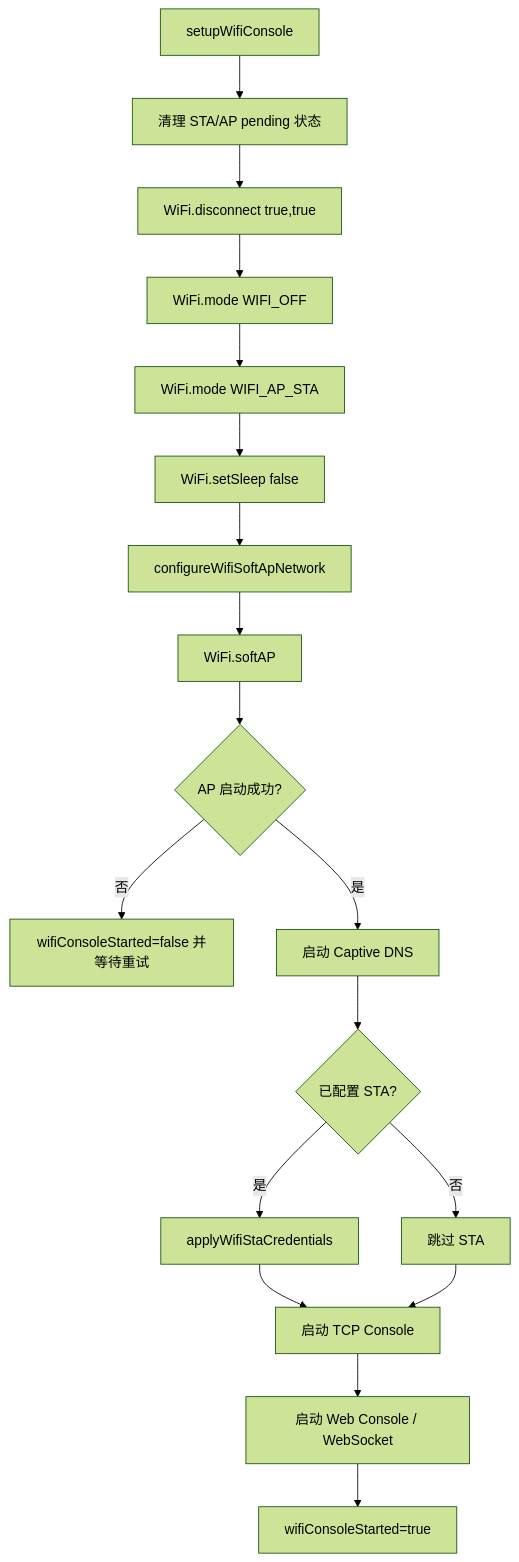
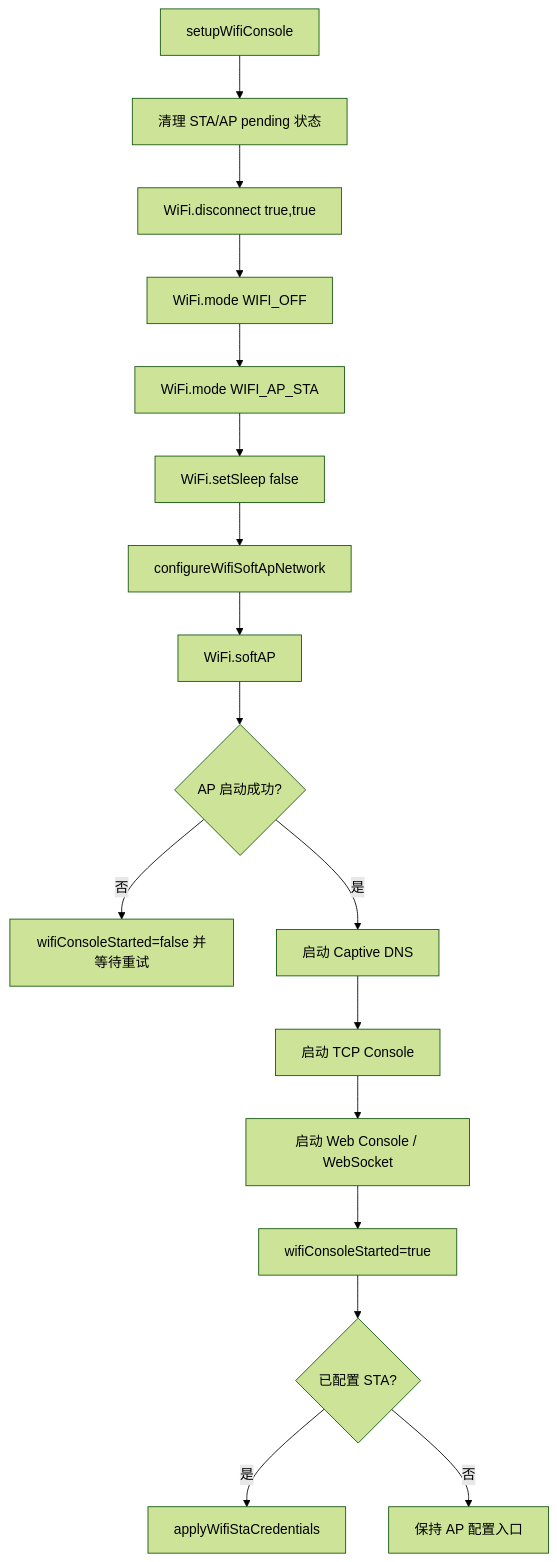
Before and after one commit to DonkeyDrift/Firmware: the first of 5 diagrams in Doc/Inspect/wifi-ap-sta-lifecycle-inspection.md, drawn with Mermaid (forest theme). The commit also changed other lines of this file and 4 other files, not shown here.

````diff
--- a/Doc/Inspect/wifi-ap-sta-lifecycle-inspection.md
+++ b/Doc/Inspect/wifi-ap-sta-lifecycle-inspection.md
@@ -45,20 +45,19 @@
 ```mermaid
 flowchart TD
     A[setupWifiConsole] --> B[清理 STA/AP pending 状态]
     B --> C[WiFi.disconnect true,true]
     C --> D[WiFi.mode WIFI_OFF]
     D --> E[WiFi.mode WIFI_AP_STA]
     E --> F[WiFi.setSleep false]
     F --> G[configureWifiSoftApNetwork]
     G --> H[WiFi.softAP]
     H --> I{AP 启动成功?}
     I -- 否 --> J[wifiConsoleStarted=false 并等待重试]
     I -- 是 --> K[启动 Captive DNS]
-    K --> L{已配置 STA?}
-    L -- 是 --> M[applyWifiStaCredentials]
-    L -- 否 --> N[跳过 STA]
-    M --> O[启动 TCP Console]
-    N --> O
-    O --> P[启动 Web Console / WebSocket]
-    P --> Q[wifiConsoleStarted=true]
+    K --> L[启动 TCP Console]
+    L --> M[启动 Web Console / WebSocket]
+    M --> N[wifiConsoleStarted=true]
+    N --> O{已配置 STA?}
+    O -- 是 --> P[applyWifiStaCredentials]
+    O -- 否 --> Q[保持 AP 配置入口]
 ```
````
